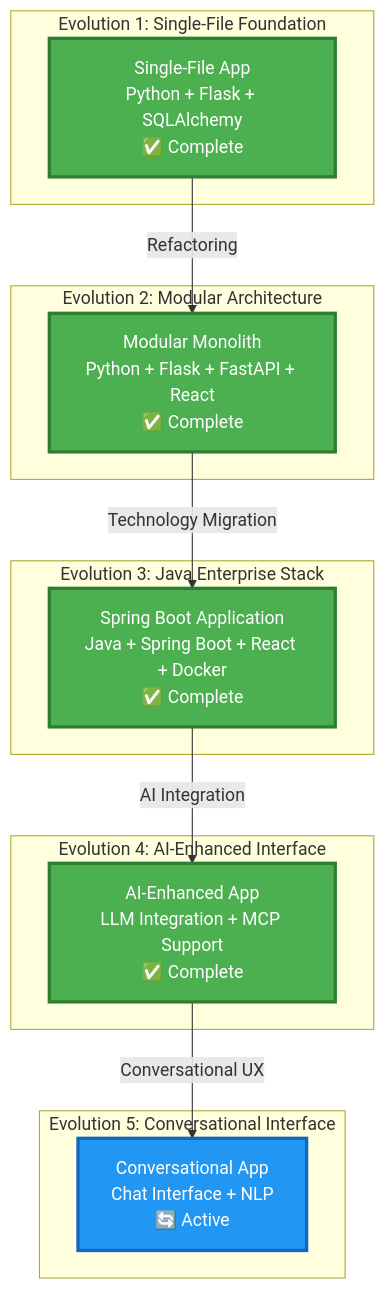
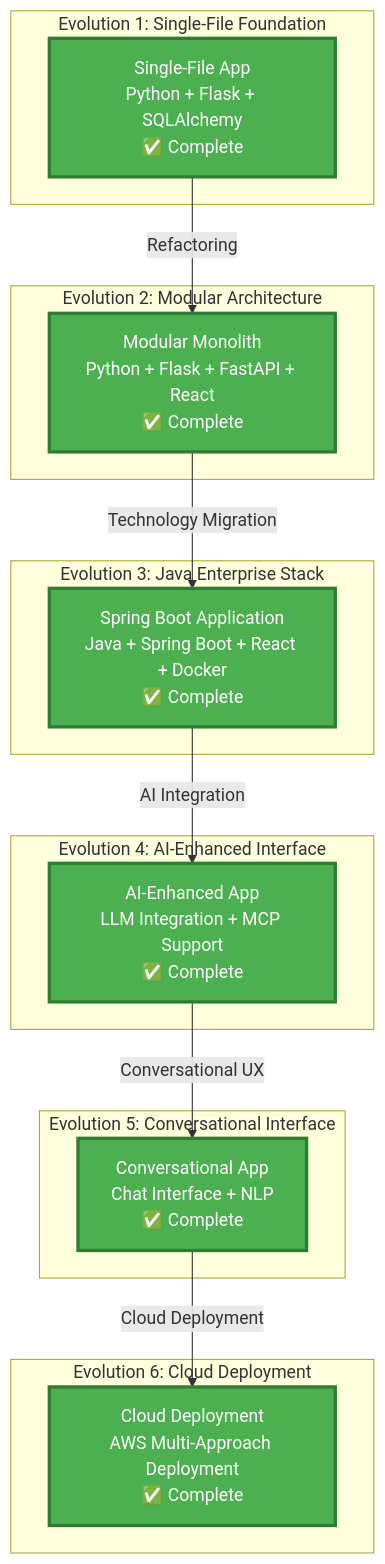
Before and after one commit to javiator/javiator.github.io: the first of 2 diagrams in _pages/projects/tenant-management/index.md, drawn with Mermaid. The commit also changed other lines of this file and 13 other files, not shown here.

Commit message:
feat(tenant-management): Add Evolution 6 post comparing 5 AWS cloud deployment approaches with supporting assets and navigation.

````diff
--- a/_pages/projects/tenant-management/index.md
+++ b/_pages/projects/tenant-management/index.md
@@ -12,36 +12,39 @@
 ```mermaid
 graph TD
     subgraph "Evolution 1: Single-File Foundation"
         E1[Single-File App<br/>Python + Flask + SQLAlchemy<br/>✅ Complete]
     end
     
     subgraph "Evolution 2: Modular Architecture"
         E2[Modular Monolith<br/>Python + Flask + FastAPI + React<br/>✅ Complete]
     end
     
     subgraph "Evolution 3: Java Enterprise Stack"
         E3[Spring Boot Application<br/>Java + Spring Boot + React + Docker<br/>✅ Complete]
     end
     
     subgraph "Evolution 4: AI-Enhanced Interface"
         E4[AI-Enhanced App<br/>LLM Integration + MCP Support<br/>✅ Complete]
     end
     
     subgraph "Evolution 5: Conversational Interface"
-        E5[Conversational App<br/>Chat Interface + NLP<br/>🔄 Active]
+        E5[Conversational App<br/>Chat Interface + NLP<br/>✅ Complete]
+    end
+    
+    subgraph "Evolution 6: Cloud Deployment"
+        E6[Cloud Deployment<br/>AWS Multi-Approach Deployment<br/>✅ Complete]
     end
     
     E1 -->|Refactoring| E2
     E2 -->|Technology Migration| E3
     E3 -->|AI Integration| E4
     E4 -->|Conversational UX| E5
+    E5 -->|Cloud Deployment| E6
     
     %% Styling
     classDef completed fill:#4caf50,stroke:#2e7d32,stroke-width:3px,color:#fff
     classDef active fill:#2196f3,stroke:#1565c0,stroke-width:3px,color:#fff
     classDef planned fill:#9e9e9e,stroke:#616161,stroke-width:3px,color:#fff
     
-    class E1,E2,E3 completed
-    class E1,E2,E3,E4 completed
-    class E5 active
+    class E1,E2,E3,E4,E5,E6 completed
 ```
````
